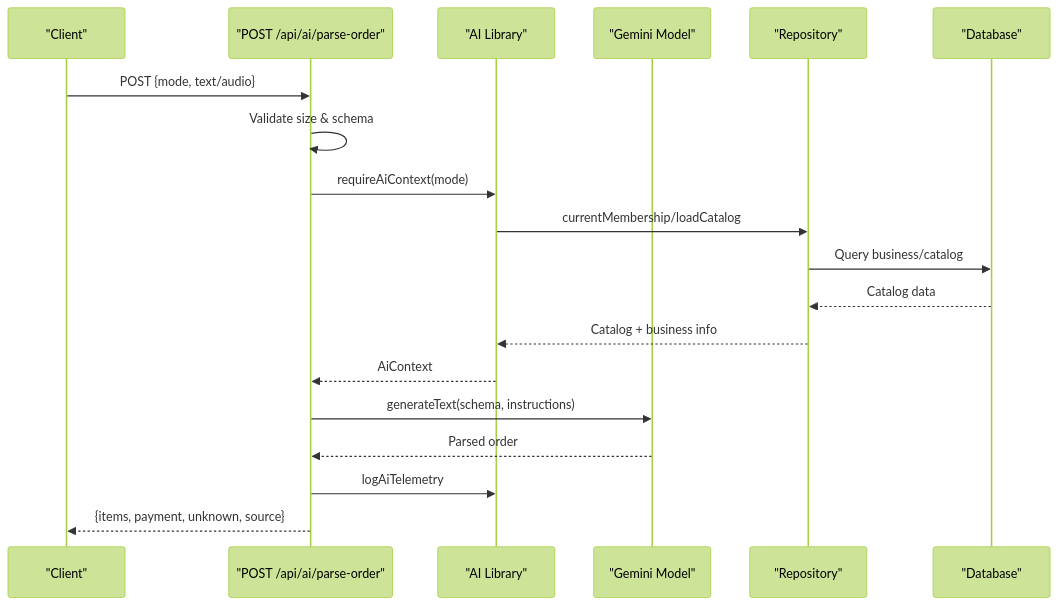
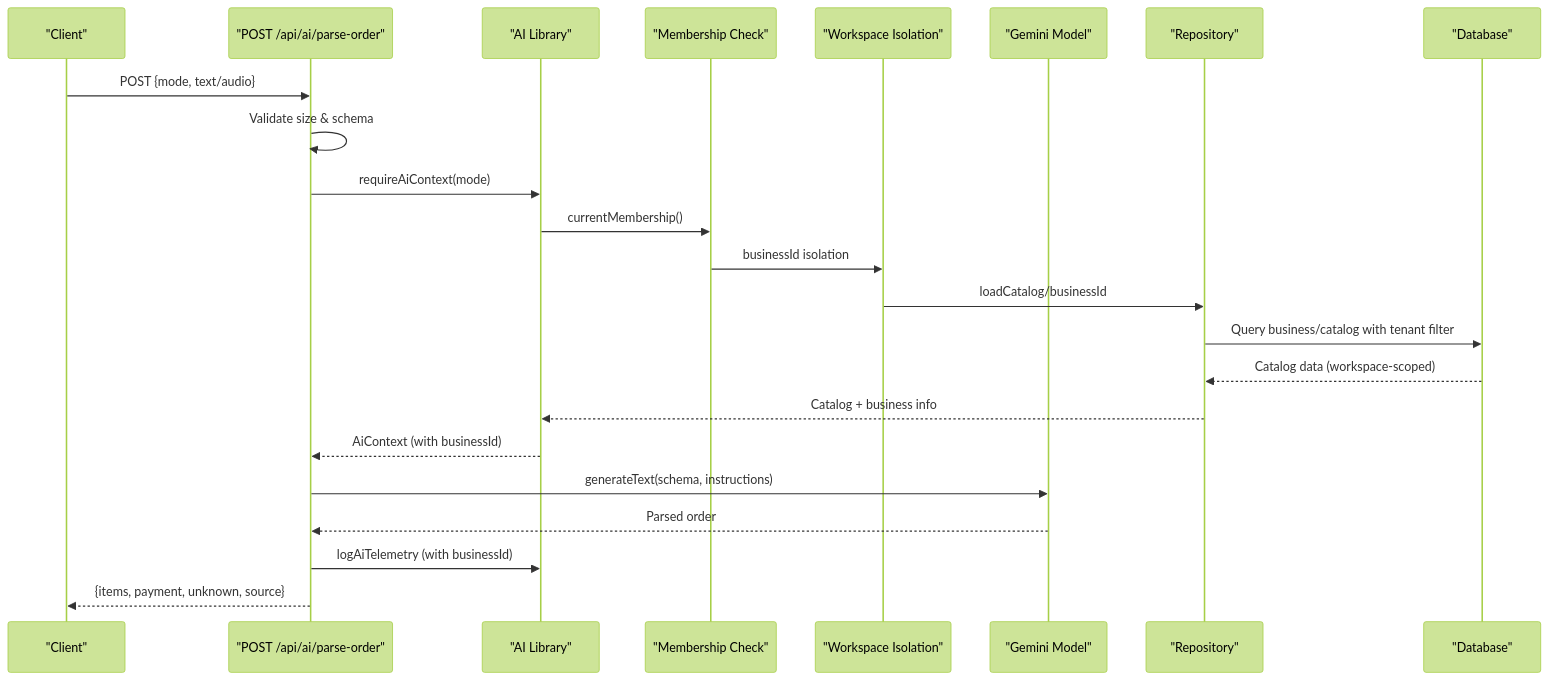
One commit to aarz24/Laris_HackathonGTNIC2026 changed the second of 8 diagrams in .qoder/repowiki/en/content/API Reference/API Reference.md. Above: the diagram before and after it, drawn with Mermaid (forest theme). The commit also changed other lines of this file and 58 other files, not shown here.

````diff
--- a/.qoder/repowiki/en/content/API Reference/API Reference.md
+++ b/.qoder/repowiki/en/content/API Reference/API Reference.md
@@ -122,21 +135,25 @@
 ```mermaid
 sequenceDiagram
 participant Client as "Client"
 participant ParseOrder as "POST /api/ai/parse-order"
 participant AiLib as "AI Library"
+participant Membership as "Membership Check"
+participant Workspace as "Workspace Isolation"
 participant Gemini as "Gemini Model"
 participant Repo as "Repository"
 participant DB as "Database"
 Client->>ParseOrder : POST {mode, text/audio}
 ParseOrder->>ParseOrder : Validate size & schema
 ParseOrder->>AiLib : requireAiContext(mode)
-AiLib->>Repo : currentMembership/loadCatalog
-Repo->>DB : Query business/catalog
-DB-->>Repo : Catalog data
+AiLib->>Membership : currentMembership()
+Membership->>Workspace : businessId isolation
+Workspace->>Repo : loadCatalog/businessId
+Repo->>DB : Query business/catalog with tenant filter
+DB-->>Repo : Catalog data (workspace-scoped)
 Repo-->>AiLib : Catalog + business info
-AiLib-->>ParseOrder : AiContext
+AiLib-->>ParseOrder : AiContext (with businessId)
 ParseOrder->>Gemini : generateText(schema, instructions)
 Gemini-->>ParseOrder : Parsed order
-ParseOrder->>AiLib : logAiTelemetry
+ParseOrder->>AiLib : logAiTelemetry (with businessId)
 ParseOrder-->>Client : {items, payment, unknown, source}
 ```
````
